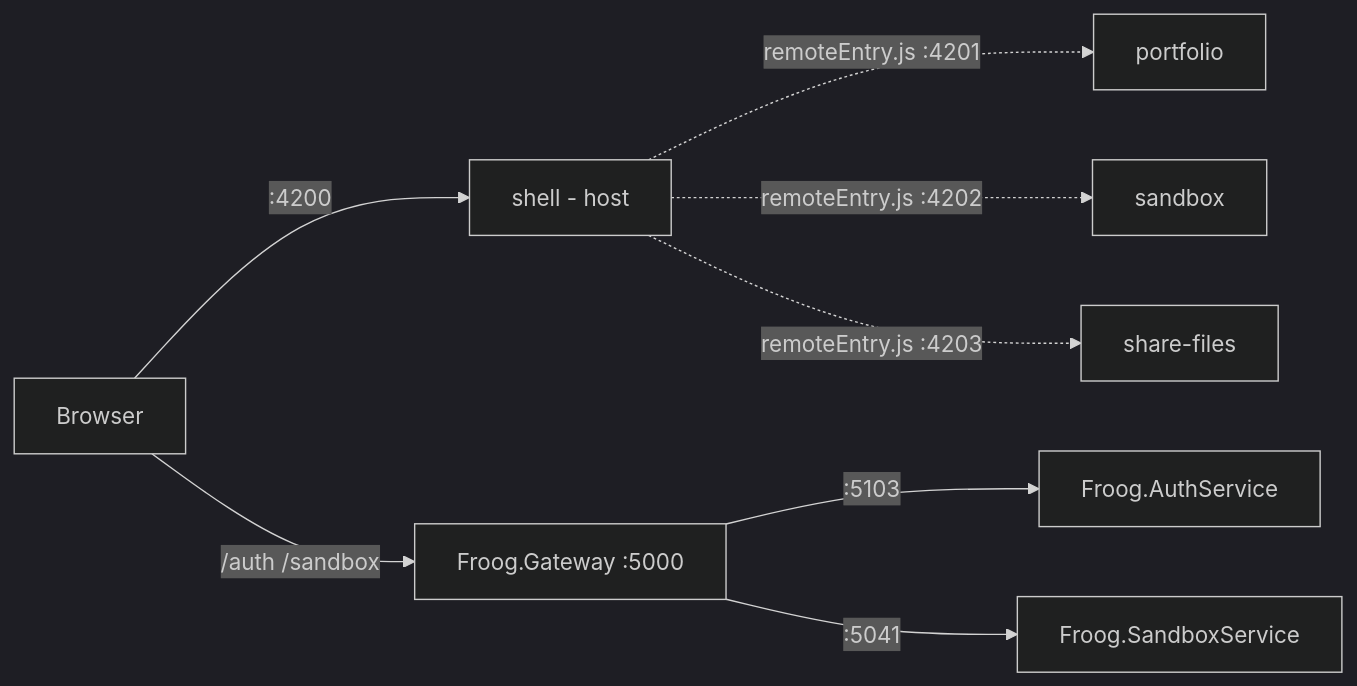
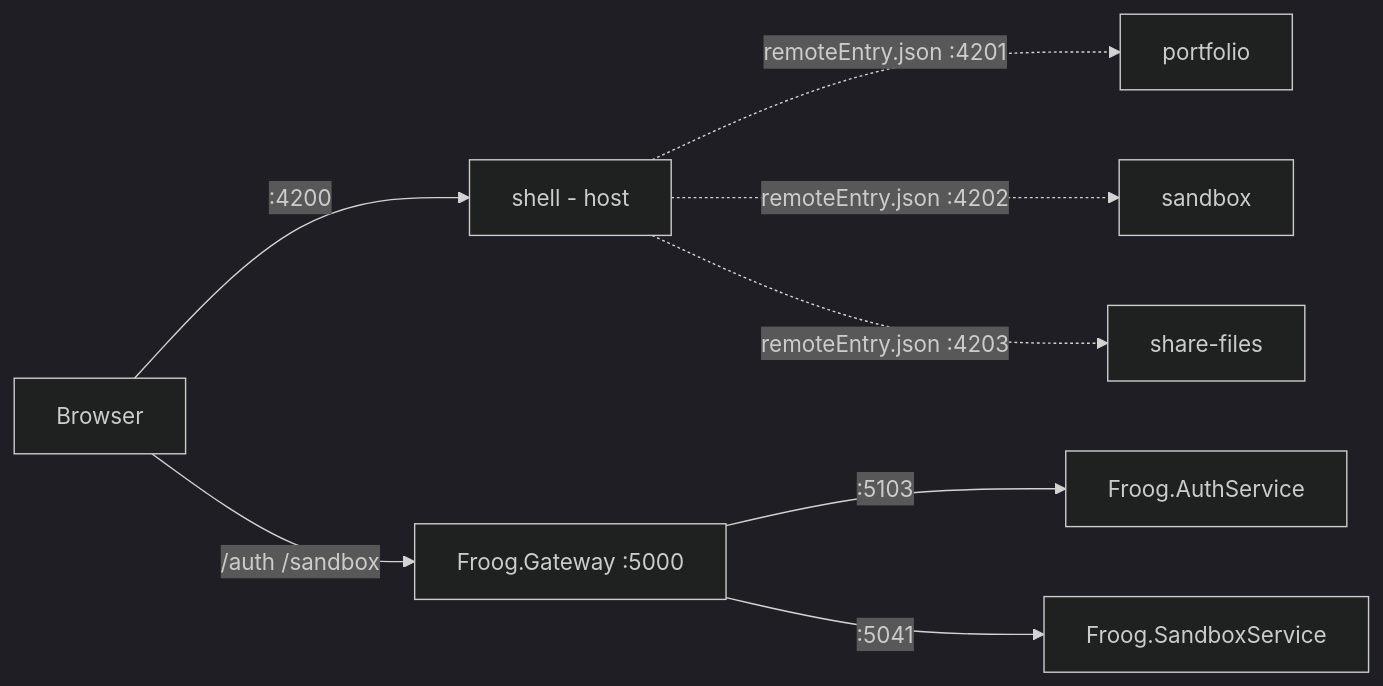
One commit to DuttyFroog/froog changed the first of 2 diagrams in PROJECT-GUIDE.md. Above: the diagram before and after it, drawn with Mermaid (dark theme). The commit also changed other lines of this file and 49 other files, not shown here.

````diff
--- a/PROJECT-GUIDE.md
+++ b/PROJECT-GUIDE.md
@@ -10,11 +10,11 @@
 ```mermaid
 flowchart LR
   B[Browser]
   B -->|:4200| SH[shell - host]
-  SH -.->|remoteEntry.js :4201| P[portfolio]
-  SH -.->|remoteEntry.js :4202| S[sandbox]
-  SH -.->|remoteEntry.js :4203| F[share-files]
+  SH -.->|remoteEntry.json :4201| P[portfolio]
+  SH -.->|remoteEntry.json :4202| S[sandbox]
+  SH -.->|remoteEntry.json :4203| F[share-files]
   B -->|/auth /sandbox| G[Froog.Gateway :5000]
   G -->|:5103| A[Froog.AuthService]
   G -->|:5041| SB[Froog.SandboxService]
 ```
````
